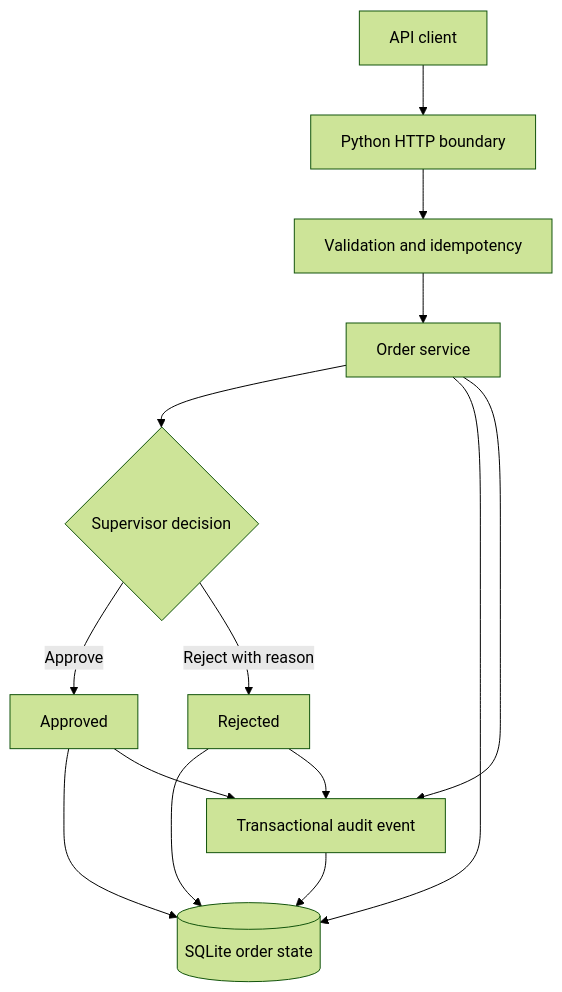
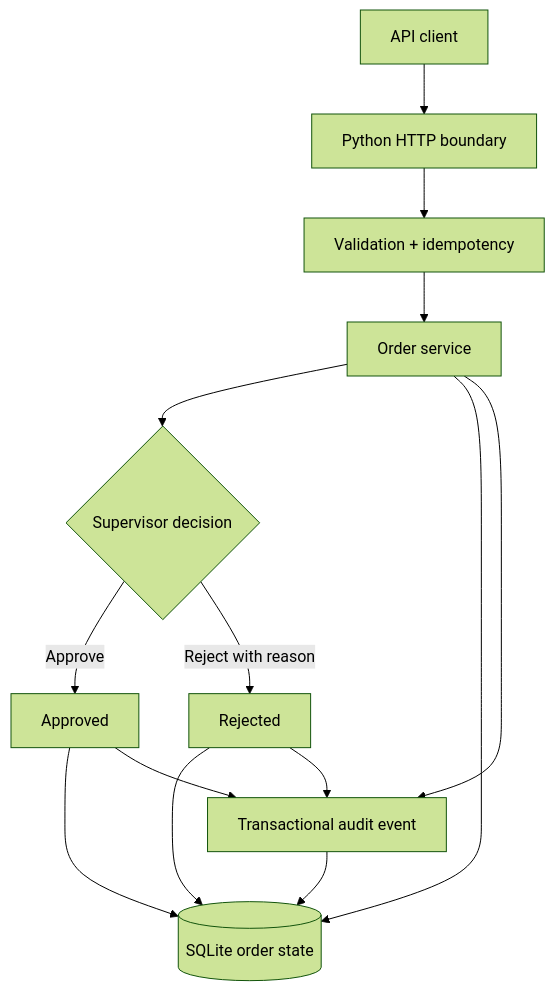
The diagram in README.md (oyekola-ololade/SwiftRoute), drawn with Mermaid (forest theme) before and after one commit. The commit also changed other lines of this file, not shown here.

````diff
--- a/README.md
+++ b/README.md
@@ -27,16 +29,16 @@
 ```mermaid
 flowchart TD
-    C["API client"] --> H["Python HTTP boundary"]
-    H --> V["Validation and idempotency"]
-    V --> O["Order service"]
-    O --> R{"Supervisor decision"}
-    R -->|Approve| A["Approved"]
-    R -->|Reject with reason| X["Rejected"]
-    O --> DB[("SQLite order state")]
+    C[API client] --> H[Python HTTP boundary]
+    H --> V[Validation + idempotency]
+    V --> O[Order service]
+    O --> R{Supervisor decision}
+    R -->|Approve| A[Approved]
+    R -->|Reject with reason| X[Rejected]
+    O --> DB[(SQLite order state)]
     A --> DB
     X --> DB
-    O --> E["Transactional audit event"]
+    O --> E[Transactional audit event]
     A --> E
     X --> E
     E --> DB
 ```
````
